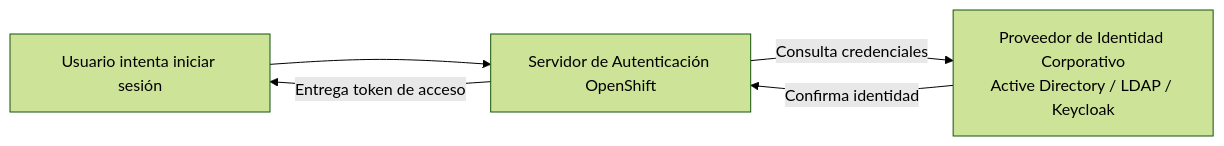
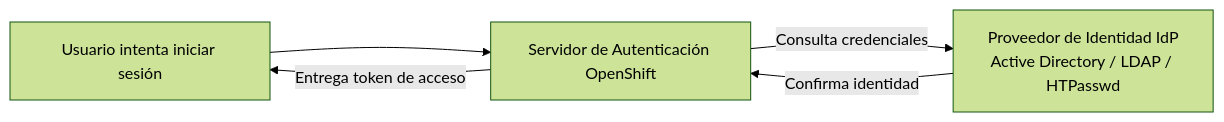
Before and after one commit to ieftraining/curso-openshift: the sixth of 7 diagrams in docs/sesion4/4.1 Proyectos y permisos.md, drawn with Mermaid (forest theme). The commit also changed other lines of this file, not shown here.

````diff
--- a/docs/sesion4/4.1 Proyectos y permisos.md
+++ b/docs/sesion4/4.1 Proyectos y permisos.md
@@ -178,7 +178,7 @@
 ```mermaid
 flowchart LR
     A[Usuario intenta iniciar sesión] --> B[Servidor de Autenticación OpenShift]
-    B -->|Consulta credenciales| C[Proveedor de Identidad Corporativo<br>Active Directory / LDAP / Keycloak]
+    B -->|Consulta credenciales| C[Proveedor de Identidad IdP<br>Active Directory / LDAP / HTPasswd]
     C -->|Confirma identidad| B
     B -->|Entrega token de acceso| A
 ```
````
